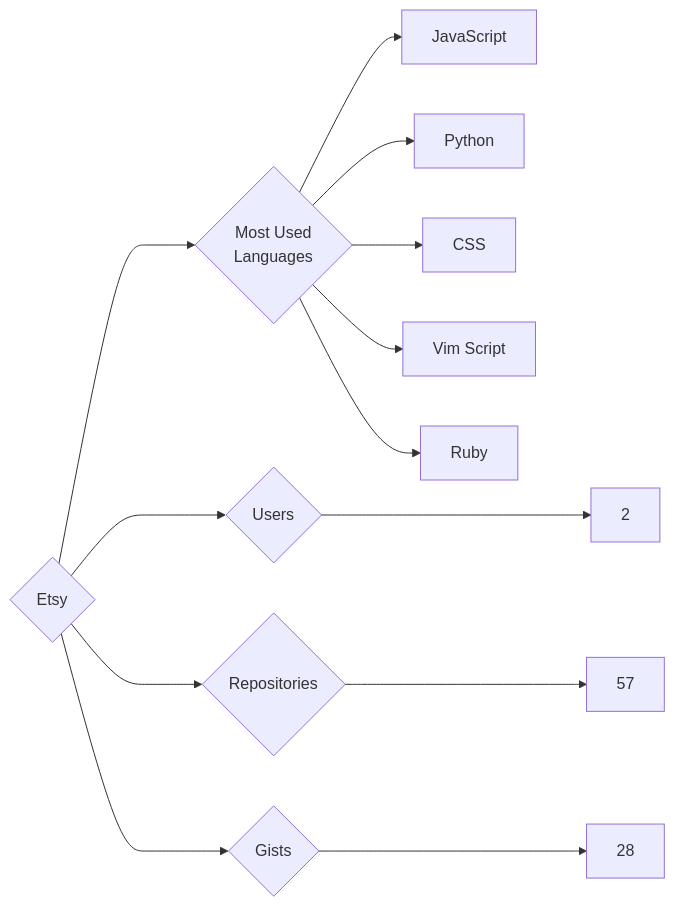
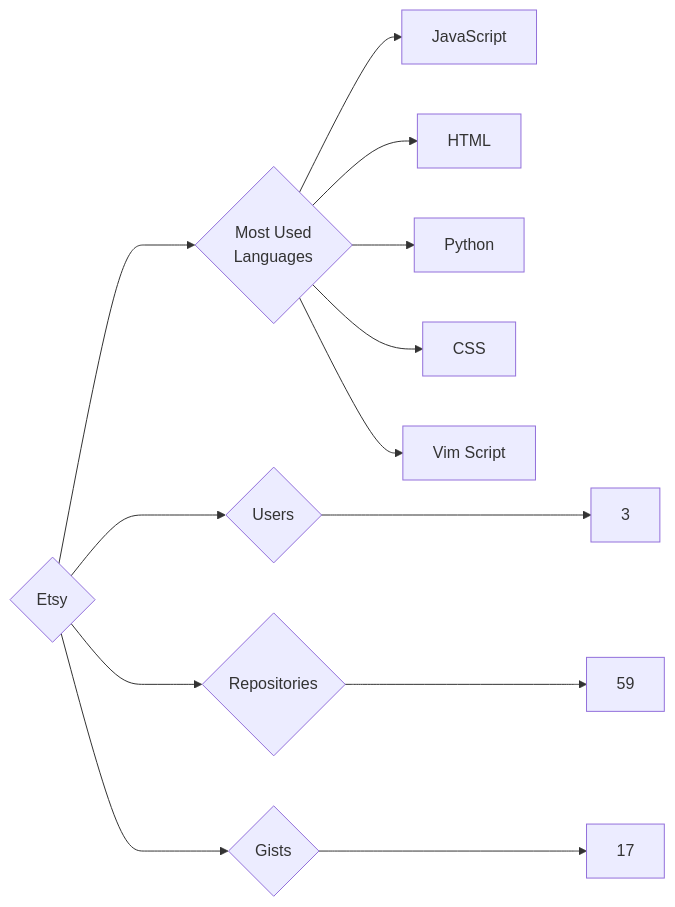
Before and after one commit to trickest/insiders: the diagram in targets/Etsy/README.md, drawn with Mermaid. The commit also changed 865 other files, not shown here.

````diff
--- a/targets/Etsy/README.md
+++ b/targets/Etsy/README.md
@@ -3,13 +3,13 @@
 ```mermaid
 graph LR
 COMPANY_NAME{Etsy}
-COMPANY_NAME ---> U{Users} ---> UN[2]
-COMPANY_NAME ---> R{Repositories} ---> RN[57]
-COMPANY_NAME ---> G{Gists} ---> GN[28]
+COMPANY_NAME ---> U{Users} ---> UN[3]
+COMPANY_NAME ---> R{Repositories} ---> RN[59]
+COMPANY_NAME ---> G{Gists} ---> GN[17]
 COMPANY_NAME ---> ML{Most Used<br>Languages}
 ML --> JavaScript[JavaScript]
+ML --> HTML[HTML]
 ML --> Python[Python]
 ML --> CSS[CSS]
 ML --> Vim_Script[Vim Script]
-ML --> Ruby[Ruby]
 ```
````
